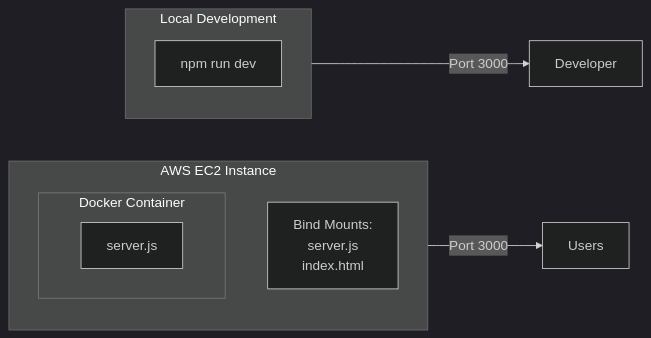
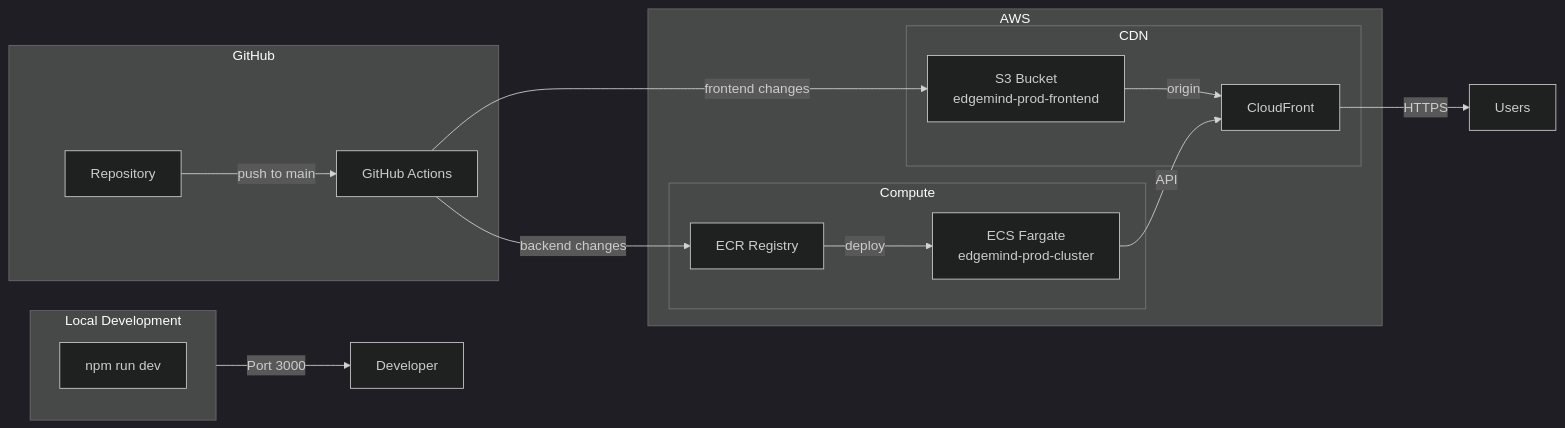
The second of 2 diagrams in docs/architecture/2-containers.md (briananderson1222/EdgeMind), drawn with Mermaid (dark theme) before and after one commit. The commit also changed other lines of this file and 2 other files, not shown here.

Commit message:
docs: updated cmms integration instructions

````diff
--- a/docs/architecture/2-containers.md
+++ b/docs/architecture/2-containers.md
@@ -173,16 +173,31 @@
 ```mermaid
 flowchart LR
-    subgraph EC2[AWS EC2 Instance]
-        subgraph docker[Docker Container]
-            SERVER[server.js]
+    subgraph github[GitHub]
+        REPO[Repository]
+        GHA[GitHub Actions]
+    end
+
+    subgraph aws[AWS]
+        subgraph compute[Compute]
+            ECR[ECR Registry]
+            ECS[ECS Fargate<br/>edgemind-prod-cluster]
         end
-        BIND[Bind Mounts:<br/>server.js<br/>index.html]
+        subgraph cdn[CDN]
+            S3[S3 Bucket<br/>edgemind-prod-frontend]
+            CF[CloudFront]
+        end
     end
 
     subgraph local[Local Development]
         DEV[npm run dev]
     end
 
-    EC2 --> |Port 3000| USERS[Users]
-    local --> |Port 3000| DEVUSER[Developer]
+    REPO -->|push to main| GHA
+    GHA -->|backend changes| ECR
+    ECR -->|deploy| ECS
+    GHA -->|frontend changes| S3
+    S3 -->|origin| CF
+    CF -->|HTTPS| USERS[Users]
+    ECS -->|API| CF
+    local -->|Port 3000| DEVUSER[Developer]
 ```
````
